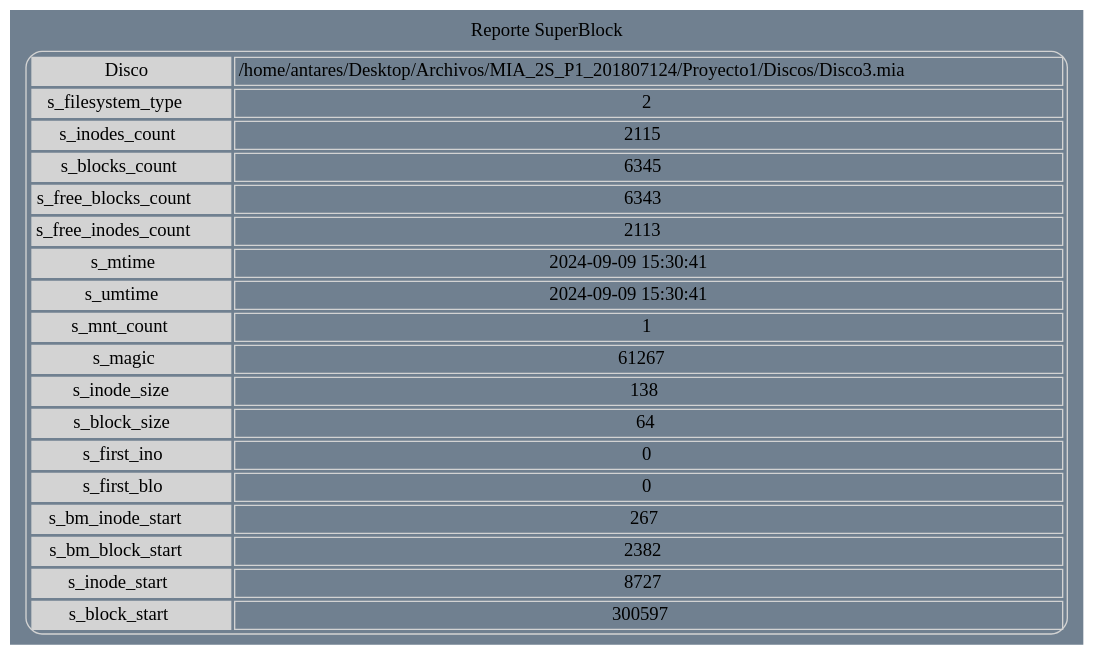
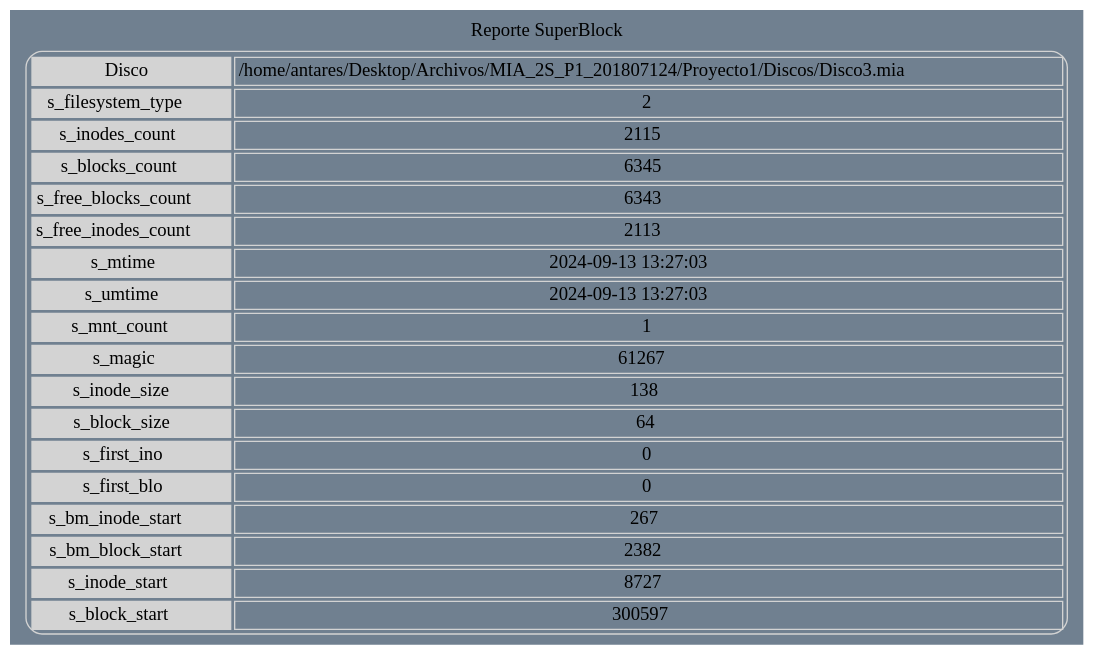
One commit to Edwinhndz/MIA_2S_P1_201807124 changed the diagram in Proyecto1/Reportes/sb.dot. Above: the diagram before and after it, drawn with Graphviz. The commit also changed 16 other files, not shown here.

```diff
--- a/Proyecto1/Reportes/sb.dot
+++ b/Proyecto1/Reportes/sb.dot
@@ -1,22 +1,22 @@
 digraph grid {bgcolor="slategrey" label=" Reporte SuperBlock "layout=dot labelloc = "t"edge [weigth=1000 style=dashed color=red4 dir = "both" arrowtail="open" arrowhead="open"]a0[shape=none, color=lightgrey, label=<
 <TABLE cellspacing="3" cellpadding="2" style="rounded" >
 <TR><TD bgcolor="lightgrey">Disco</TD><TD>/home/antares/Desktop/Archivos/MIA_2S_P1_201807124/Proyecto1/Discos/Disco3.mia</TD></TR>
 <TR><TD bgcolor="lightgrey">s_filesystem_type</TD><TD>2</TD></TR>
 <TR><TD bgcolor="lightgrey">s_inodes_count</TD><TD>2115</TD></TR>
 <TR><TD bgcolor="lightgrey">s_blocks_count</TD><TD>6345</TD></TR>
 <TR><TD bgcolor="lightgrey">s_free_blocks_count</TD><TD>6343</TD></TR>
 <TR><TD bgcolor="lightgrey">s_free_inodes_count</TD><TD>2113</TD></TR>
-<TR><TD bgcolor="lightgrey">s_mtime</TD><TD>2024-09-09 15:30:41</TD></TR>
-<TR><TD bgcolor="lightgrey">s_umtime</TD><TD>2024-09-09 15:30:41</TD></TR>
+<TR><TD bgcolor="lightgrey">s_mtime</TD><TD>2024-09-13 13:27:03</TD></TR>
+<TR><TD bgcolor="lightgrey">s_umtime</TD><TD>2024-09-13 13:27:03</TD></TR>
 <TR><TD bgcolor="lightgrey">s_mnt_count</TD><TD>1</TD></TR>
 <TR><TD bgcolor="lightgrey">s_magic</TD><TD>61267</TD></TR>
 <TR><TD bgcolor="lightgrey">s_inode_size</TD><TD>138</TD></TR>
 <TR><TD bgcolor="lightgrey">s_block_size</TD><TD>64</TD></TR>
 <TR><TD bgcolor="lightgrey">s_first_ino</TD><TD>0</TD></TR>
 <TR><TD bgcolor="lightgrey">s_first_blo</TD><TD>0</TD></TR>
 <TR><TD bgcolor="lightgrey">s_bm_inode_start</TD><TD>267</TD></TR>
 <TR><TD bgcolor="lightgrey">s_bm_block_start</TD><TD>2382</TD></TR>
 <TR><TD bgcolor="lightgrey">s_inode_start</TD><TD>8727</TD></TR>
 <TR><TD bgcolor="lightgrey">s_block_start</TD><TD>300597</TD></TR>
 </TABLE>>];
 }
```
